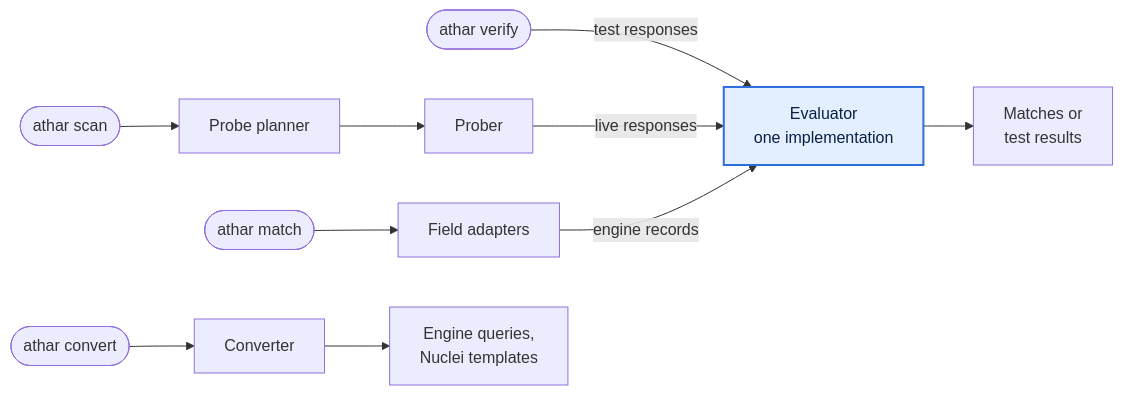
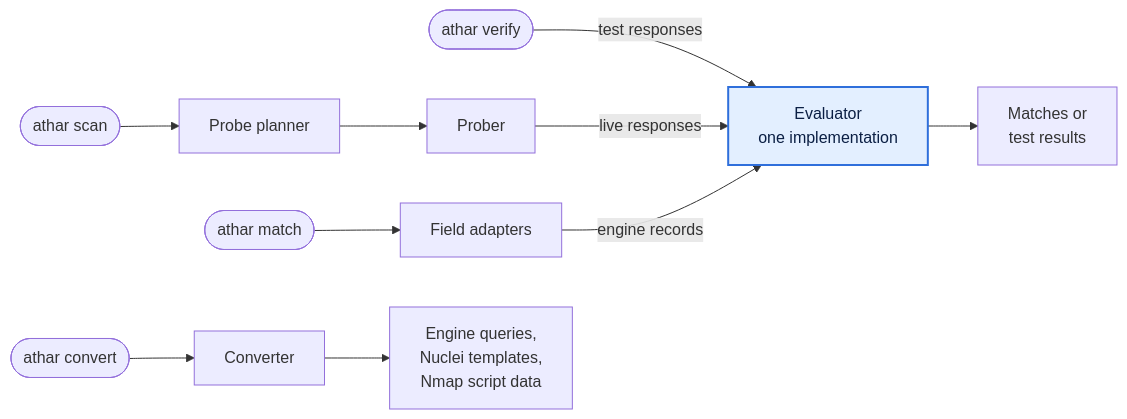
The diagram in cli/README.md (Athar-HQ/Athar), drawn with Mermaid before and after one commit. The commit also changed other lines of this file and 14 other files, not shown here.

First line of the commit message:
Add an Nmap NSE backend: athar convert -t nse

````diff
--- a/cli/README.md
+++ b/cli/README.md
@@ -158,10 +158,10 @@
 ```mermaid
 flowchart LR
   V(["athar verify"]) -->|test responses| EV
   S(["athar scan"]) --> PL["Probe planner"] --> PR["Prober"] -->|live responses| EV
   M(["athar match"]) --> FA["Field adapters"] -->|engine records| EV
-  C(["athar convert"]) --> BE["Converter"] --> Q["Engine queries,<br/>Nuclei templates"]
+  C(["athar convert"]) --> BE["Converter"] --> Q["Engine queries,<br/>Nuclei templates,<br/>Nmap script data"]
   EV["Evaluator<br/>one implementation"] --> O["Matches or<br/>test results"]
   classDef eval fill:#e3efff,stroke:#2f6fdb,stroke-width:2px,color:#0b1f44
   class EV eval
 ```
````
